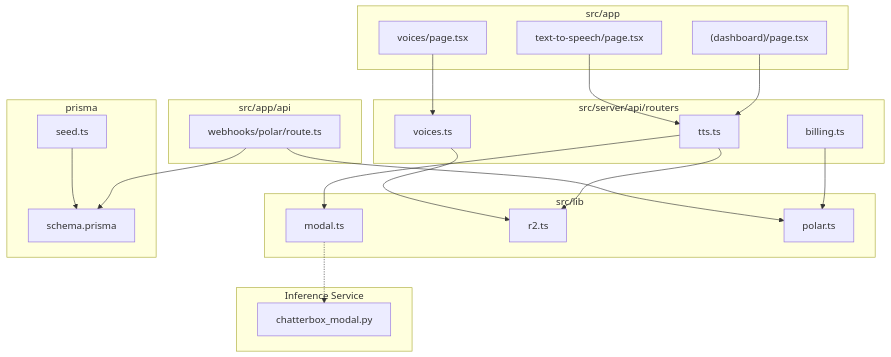
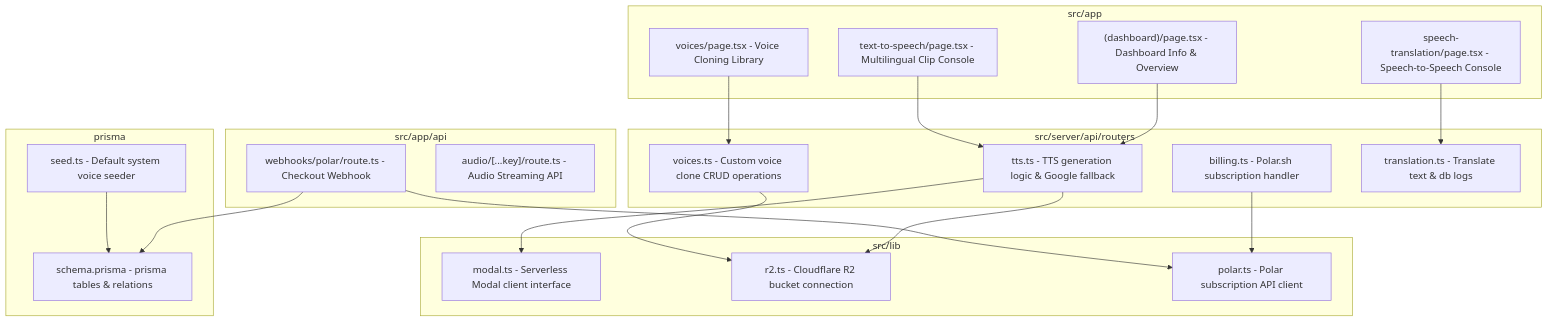
Before and after one commit to Sugandh147/voicey: the second of 3 diagrams in README.md, drawn with Mermaid. The commit also changed other lines of this file and 14 other files, not shown here.

````diff
--- a/README.md
+++ b/README.md
@@ -30,49 +64,48 @@
 ```mermaid
 graph TD
-    subgraph UI & Pages [src/app]
-        Dashboard["(dashboard)/page.tsx"]
-        TTSPage["text-to-speech/page.tsx"]
-        VoicesPage["voices/page.tsx"]
+    subgraph UI Pages [src/app]
+        Dashboard["(dashboard)/page.tsx - Dashboard Info & Overview"]
+        TTSPage["text-to-speech/page.tsx - Multilingual Clip Console"]
+        VoicesPage["voices/page.tsx - Voice Cloning Library"]
+        TranslatorPage["speech-translation/page.tsx - Speech-to-Speech Console"]
     end
 
-    subgraph API Routers [src/server/api/routers]
-        tts_router["tts.ts"]
-        voices_router["voices.ts"]
-        billing_router["billing.ts"]
+    subgraph Backend Routers [src/server/api/routers]
+        tts_router["tts.ts - TTS generation logic & Google fallback"]
+        voices_router["voices.ts - Custom voice clone CRUD operations"]
+        billing_router["billing.ts - Polar.sh subscription handler"]
+        translation_router["translation.ts - Translate text & db logs"]
     end
 
-    subgraph Integration Core [src/lib]
-        modal_lib["modal.ts"]
-        r2_lib["r2.ts"]
-        polar_lib["polar.ts"]
+    subgraph Integration Layer [src/lib]
+        modal_lib["modal.ts - Serverless Modal client interface"]
+        r2_lib["r2.ts - Cloudflare R2 bucket connection"]
+        polar_lib["polar.ts - Polar subscription API client"]
     end
 
-    subgraph Database Layer [prisma]
-        schema["schema.prisma"]
-        seed["seed.ts"]
+    subgraph Database Schema [prisma]
+        schema["schema.prisma - prisma tables & relations"]
+        seed["seed.ts - Default system voice seeder"]
     end
 
-    subgraph Webhook Listeners [src/app/api]
-        polar_webhook["webhooks/polar/route.ts"]
-    end
-
-    subgraph Inference Service
-        chatterbox["chatterbox_modal.py"]
+    subgraph Endpoint Interfaces [src/app/api]
+        polar_webhook["webhooks/polar/route.ts - Checkout Webhook"]
+        audio_proxy["audio/[...key]/route.ts - Audio Streaming API"]
     end
 
     %% Wiring connections
     Dashboard --> tts_router
     TTSPage --> tts_router
     VoicesPage --> voices_router
+    TranslatorPage --> translation_router
     
     tts_router --> modal_lib
     tts_router --> r2_lib
     voices_router --> r2_lib
     billing_router --> polar_lib
     
     polar_webhook --> schema
     polar_webhook --> polar_lib
     
-    modal_lib -.-> chatterbox
     seed --> schema
 ```
````
